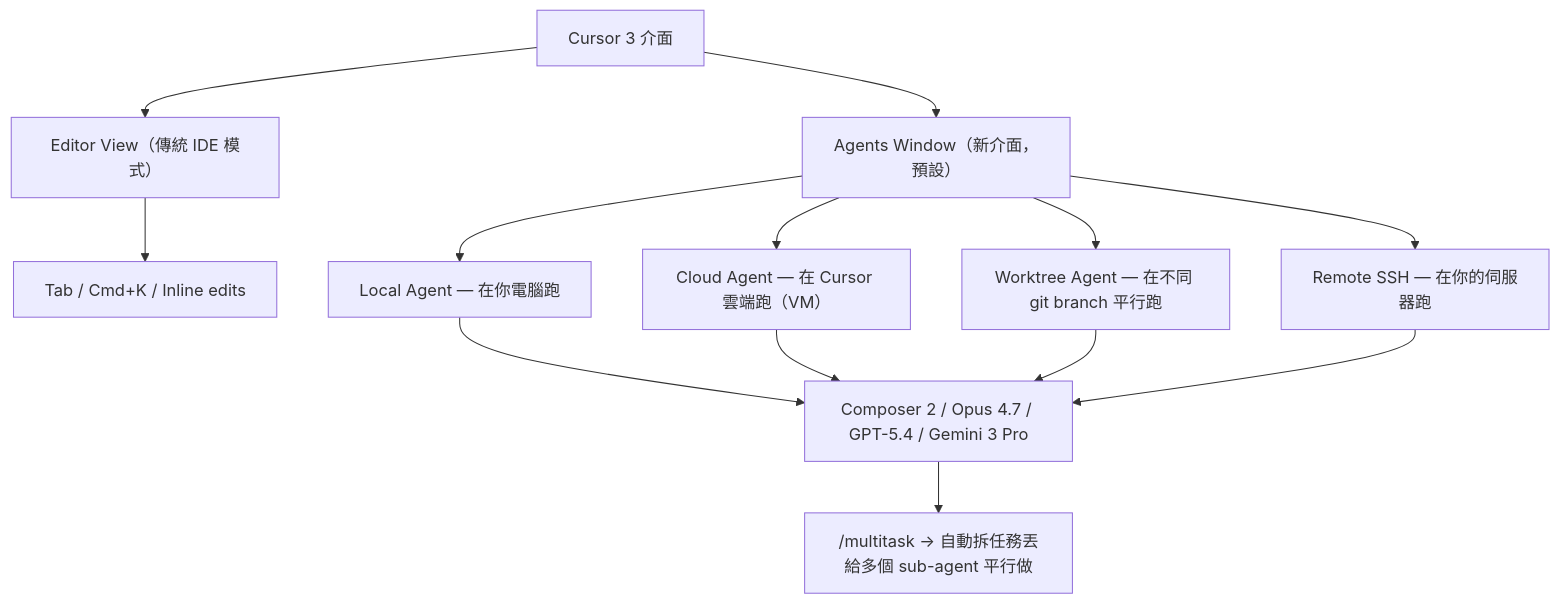
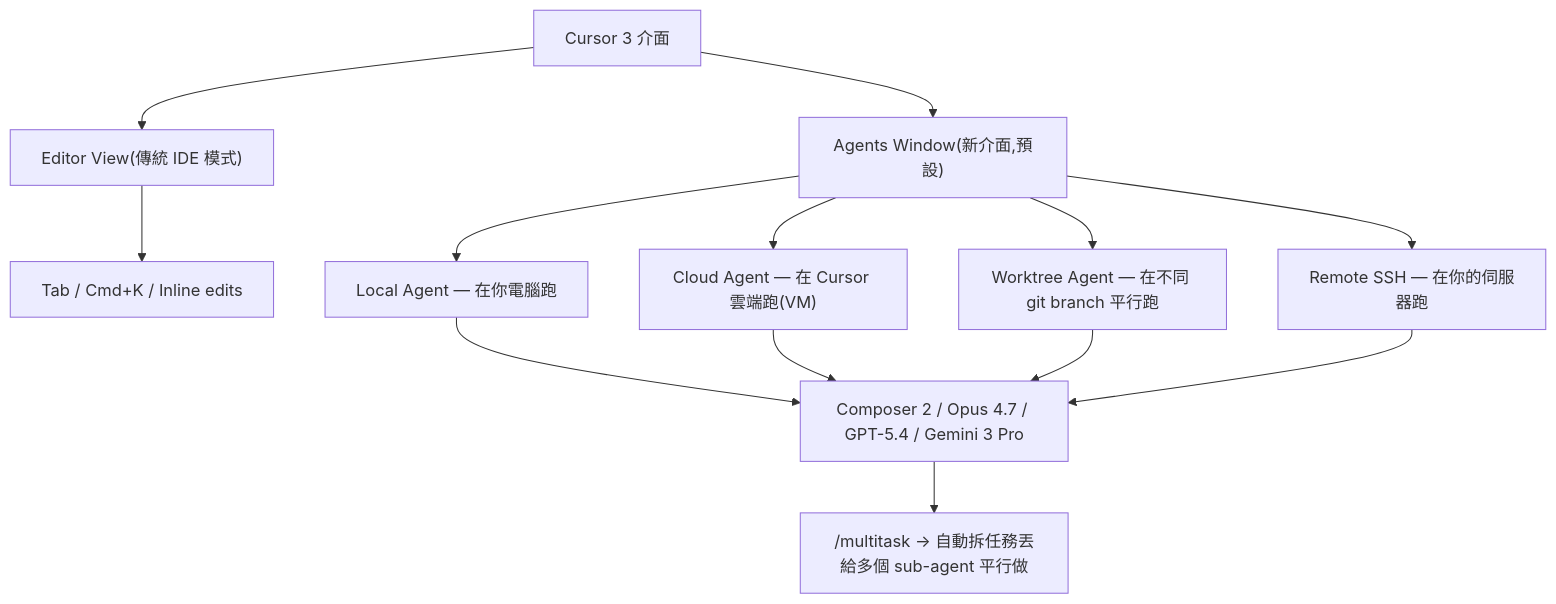
One commit to deadline314/Lesson3-AI-Tools changed the tenth of 47 diagrams in Guide.md. Above: the diagram before and after it, drawn with Mermaid. The commit also changed other lines of this file and 25 other files, not shown here.

````diff
--- a/Guide.md
+++ b/Guide.md
@@ -371,16 +572,16 @@
 ```mermaid
 flowchart TD
     UI["Cursor 3 介面"]
-    UI --> EV["Editor View（傳統 IDE 模式）"]
-    UI --> AW["Agents Window（新介面，預設）"]
+    UI --> EV["Editor View(傳統 IDE 模式)"]
+    UI --> AW["Agents Window(新介面,預設)"]
     
     EV --> EV1["Tab / Cmd+K / Inline edits"]
     
     AW --> LA["Local Agent — 在你電腦跑"]
-    AW --> CA["Cloud Agent — 在 Cursor 雲端跑（VM）"]
+    AW --> CA["Cloud Agent — 在 Cursor 雲端跑(VM)"]
     AW --> WA["Worktree Agent — 在不同 git branch 平行跑"]
     AW --> RS["Remote SSH — 在你的伺服器跑"]
     
     LA & CA & WA & RS --> Models["Composer 2 / Opus 4.7 / GPT-5.4 / Gemini 3 Pro"]
     Models --> MT["/multitask → 自動拆任務丟給多個 sub-agent 平行做"]
 ```
````
